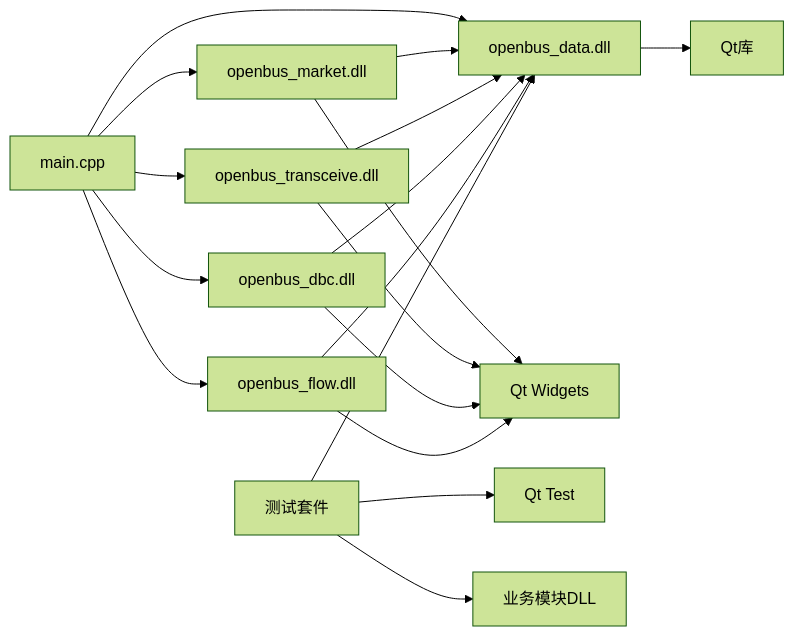
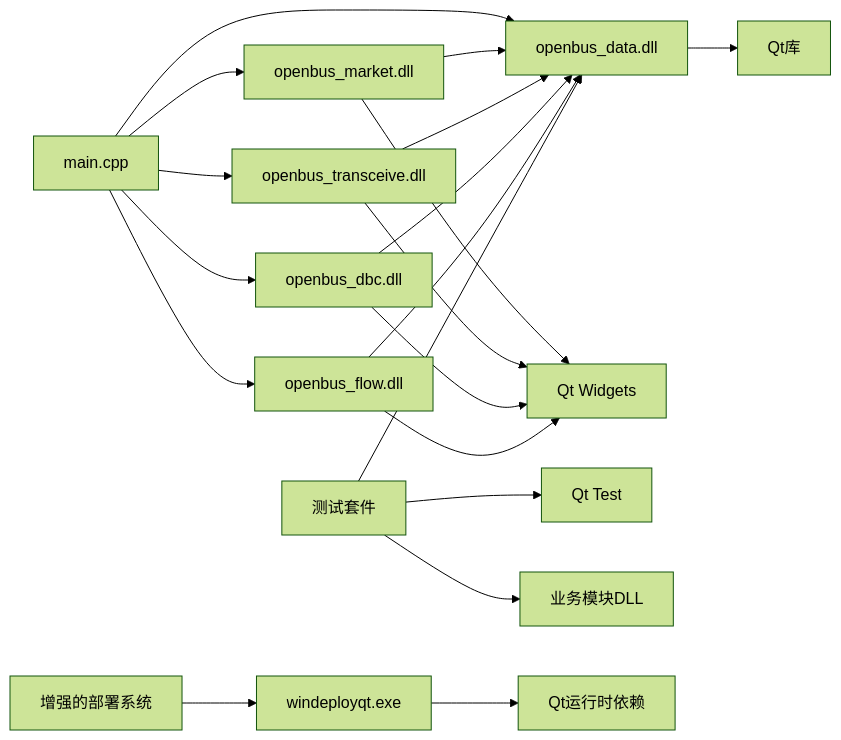
Before and after one commit to jakecai1225-design/OpenBus: the fifth of 5 diagrams in .qoder/repowiki/zh/content/构建和部署/构建流程/构建流程.md, drawn with Mermaid (forest theme). The commit also changed other lines of this file and 151 other files, not shown here.

````diff
--- a/.qoder/repowiki/zh/content/构建和部署/构建流程/构建流程.md
+++ b/.qoder/repowiki/zh/content/构建和部署/构建流程/构建流程.md
@@ -492,20 +582,22 @@
 ```mermaid
 graph LR
 Main["main.cpp"] --> Data["openbus_data.dll"]
 Main --> Market["openbus_market.dll"]
 Main --> Transceive["openbus_transceive.dll"]
 Main --> DBC["openbus_dbc.dll"]
 Main --> Flow["openbus_flow.dll"]
 Data --> QtLibs["Qt库"]
 Market --> Data
 Transceive --> Data
 DBC --> Data
 Flow --> Data
 Market --> QtWidgets["Qt Widgets"]
 Transceive --> QtWidgets
 DBC --> QtWidgets
 Flow --> QtWidgets
 Test["测试套件"] --> Data
 Test --> QtTest["Qt Test"]
 Test --> Business["业务模块DLL"]
+Deploy["增强的部署系统"] --> WinDeployQt["windeployqt.exe"]
+WinDeployQt --> QtRuntime["Qt运行时依赖"]
 ```
````
